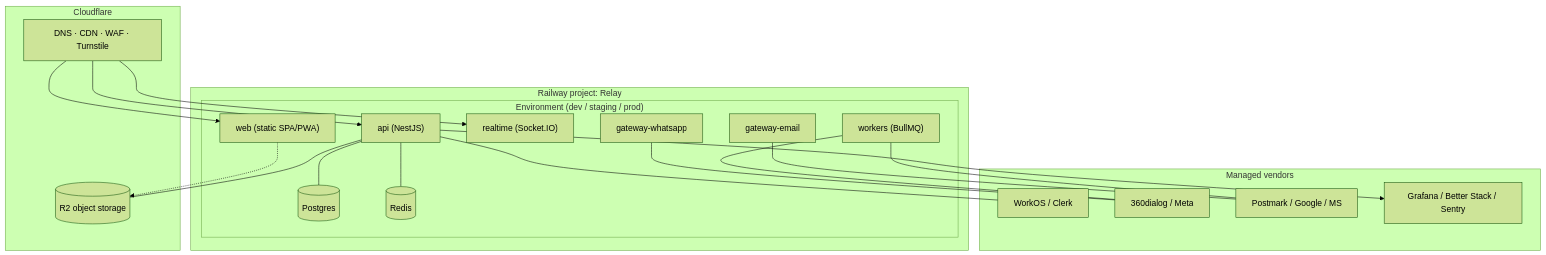
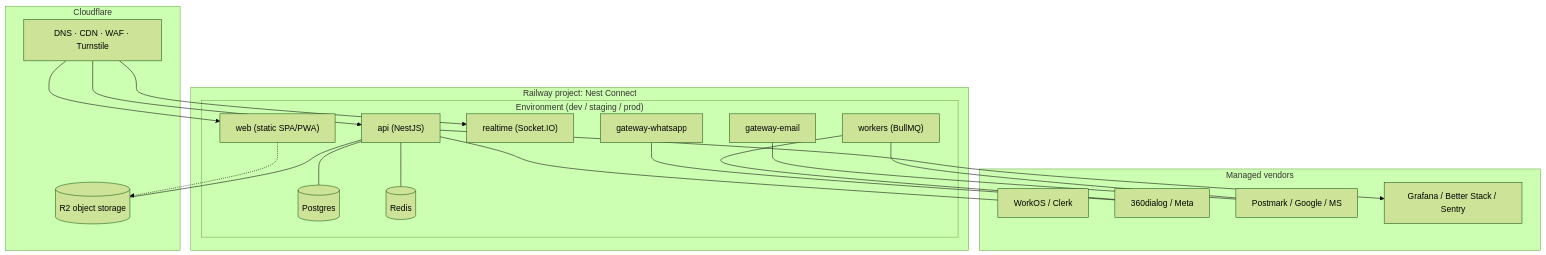
One commit to Nathan-swiftee/NestConnect changed the diagram in docs/07-infra-security-cost.md. Above: the diagram before and after it, drawn with Mermaid (forest theme). The commit also changed other lines of this file and 14 other files, not shown here.

First line of the commit message:
Rebrand platform to "Nest Connect"

````diff
--- a/docs/07-infra-security-cost.md
+++ b/docs/07-infra-security-cost.md
@@ -7,38 +7,38 @@
 ```mermaid
 flowchart TB
     subgraph CF["Cloudflare"]
       DNS["DNS · CDN · WAF · Turnstile"]
       R2[("R2 object storage")]
     end
-    subgraph RW["Railway project: Relay"]
+    subgraph RW["Railway project: Nest Connect"]
       subgraph ENV["Environment (dev / staging / prod)"]
         WEB["web (static SPA/PWA)"]
         API["api (NestJS)"]
         RT["realtime (Socket.IO)"]
         GW1["gateway-whatsapp"]
         GW2["gateway-email"]
         WK["workers (BullMQ)"]
         PG[("Postgres")]
         RE[("Redis")]
       end
     end
     subgraph SaaS["Managed vendors"]
       AUTH["WorkOS / Clerk"]
       BSP["360dialog / Meta"]
       MAIL["Postmark / Google / MS"]
       OBS["Grafana / Better Stack / Sentry"]
     end
     DNS --> WEB
     DNS --> API
     DNS --> RT
     WEB -.-> R2
     API --- PG
     API --- RE
     API --- R2
     API --- AUTH
     GW1 --- BSP
     GW2 --- MAIL
     WK --- BSP
     WK --- MAIL
     API --> OBS
 ```
````
